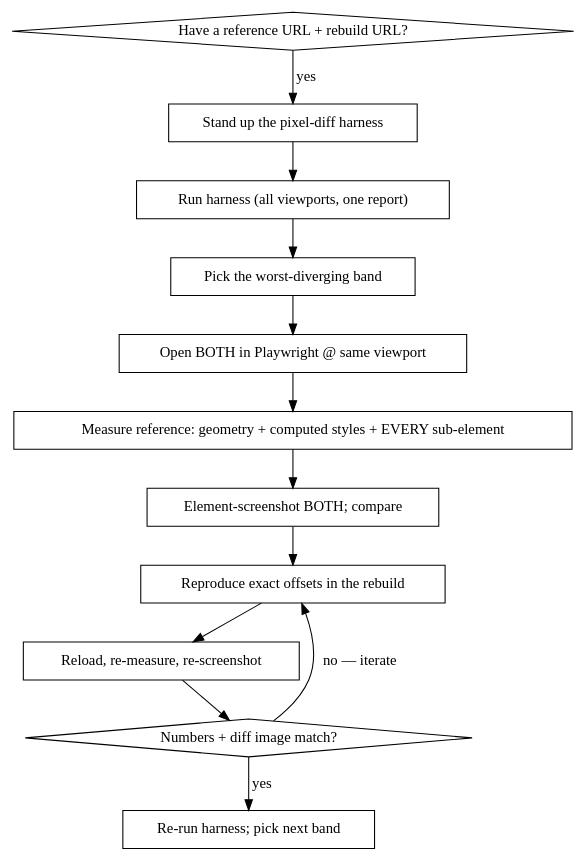
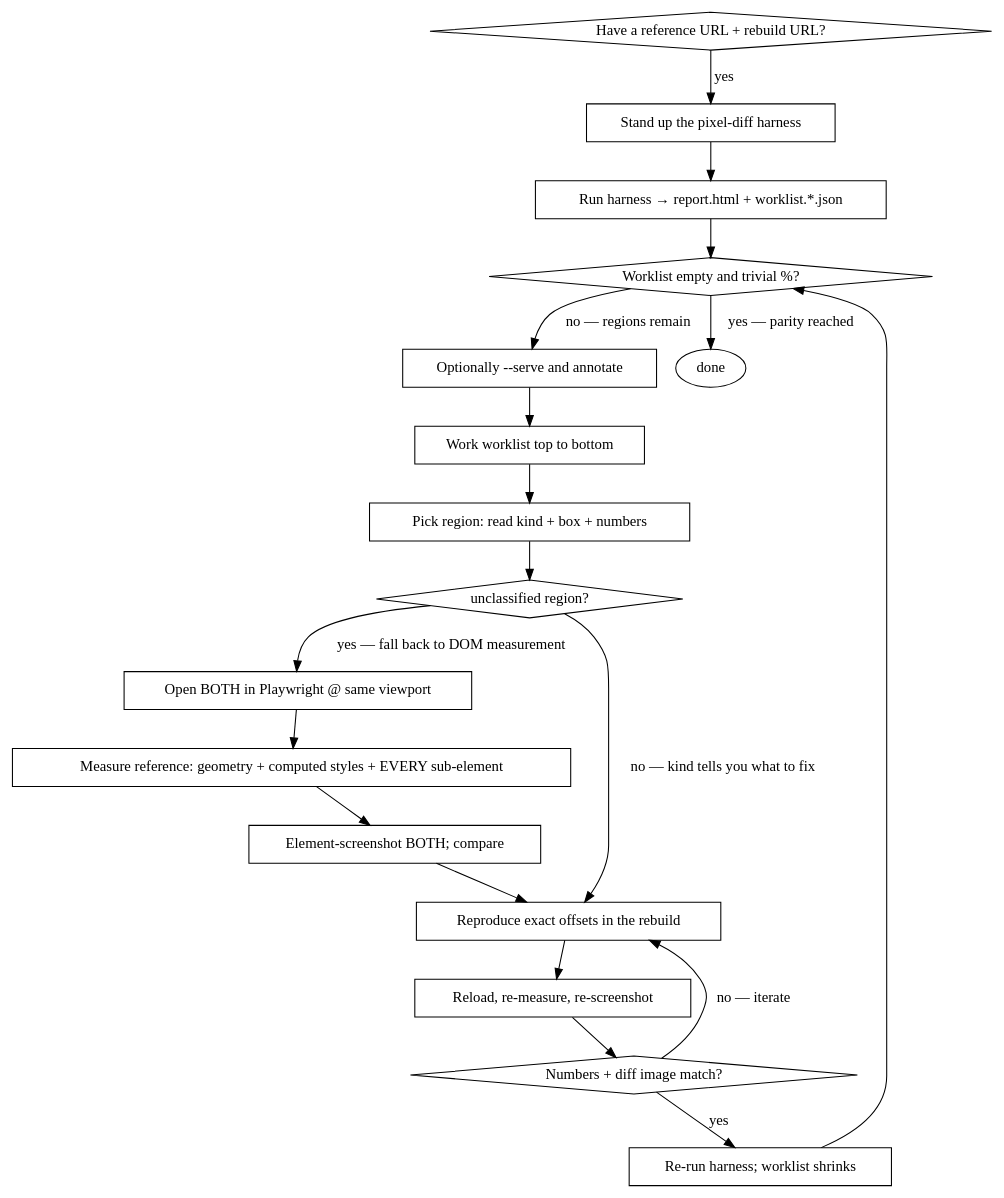
The diagram in skills/visual-parity/SKILL.md (IT4WEBBV/LaravelClaudeMd), drawn with Graphviz before and after one commit. The commit also changed other lines of this file and 1 other file, not shown here.

Commit message:
docs(visual-parity): worklist-is-the-gate loop, serve usage, CONFIG knobs

````diff
--- a/skills/visual-parity/SKILL.md
+++ b/skills/visual-parity/SKILL.md
@@ -31,27 +31,38 @@
 ```dot
 digraph parity {
   "Have a reference URL + rebuild URL?" [shape=diamond];
   "Stand up the pixel-diff harness" [shape=box];
-  "Run harness (all viewports, one report)" [shape=box];
-  "Pick the worst-diverging band" [shape=box];
+  "Run harness → report.html + worklist.*.json" [shape=box];
+  "Worklist empty and trivial %?" [shape=diamond];
+  "Optionally --serve and annotate" [shape=box];
+  "Work worklist top to bottom" [shape=box];
+  "Pick region: read kind + box + numbers" [shape=box];
+  "unclassified region?" [shape=diamond];
   "Open BOTH in Playwright @ same viewport" [shape=box];
   "Measure reference: geometry + computed styles + EVERY sub-element" [shape=box];
   "Element-screenshot BOTH; compare" [shape=box];
   "Reproduce exact offsets in the rebuild" [shape=box];
   "Reload, re-measure, re-screenshot" [shape=box];
   "Numbers + diff image match?" [shape=diamond];
-  "Re-run harness; pick next band" [shape=box];
+  "Re-run harness; worklist shrinks" [shape=box];
 
   "Have a reference URL + rebuild URL?" -> "Stand up the pixel-diff harness" [label="yes"];
-  "Stand up the pixel-diff harness" -> "Run harness (all viewports, one report)";
-  "Run harness (all viewports, one report)" -> "Pick the worst-diverging band";
-  "Pick the worst-diverging band" -> "Open BOTH in Playwright @ same viewport";
+  "Stand up the pixel-diff harness" -> "Run harness → report.html + worklist.*.json";
+  "Run harness → report.html + worklist.*.json" -> "Worklist empty and trivial %?" [label=""];
+  "Worklist empty and trivial %?" -> "done" [label="yes — parity reached"];
+  "Worklist empty and trivial %?" -> "Optionally --serve and annotate" [label="no — regions remain"];
+  "Optionally --serve and annotate" -> "Work worklist top to bottom";
+  "Work worklist top to bottom" -> "Pick region: read kind + box + numbers";
+  "Pick region: read kind + box + numbers" -> "unclassified region?" ;
+  "unclassified region?" -> "Open BOTH in Playwright @ same viewport" [label="yes — fall back to DOM measurement"];
+  "unclassified region?" -> "Reproduce exact offsets in the rebuild" [label="no — kind tells you what to fix"];
   "Open BOTH in Playwright @ same viewport" -> "Measure reference: geometry + computed styles + EVERY sub-element";
   "Measure reference: geometry + computed styles + EVERY sub-element" -> "Element-screenshot BOTH; compare";
   "Element-screenshot BOTH; compare" -> "Reproduce exact offsets in the rebuild";
   "Reproduce exact offsets in the rebuild" -> "Reload, re-measure, re-screenshot";
   "Reload, re-measure, re-screenshot" -> "Numbers + diff image match?";
   "Numbers + diff image match?" -> "Reproduce exact offsets in the rebuild" [label="no — iterate"];
-  "Numbers + diff image match?" -> "Re-run harness; pick next band" [label="yes"];
+  "Numbers + diff image match?" -> "Re-run harness; worklist shrinks" [label="yes"];
+  "Re-run harness; worklist shrinks" -> "Worklist empty and trivial %?";
 }
 ```
````
